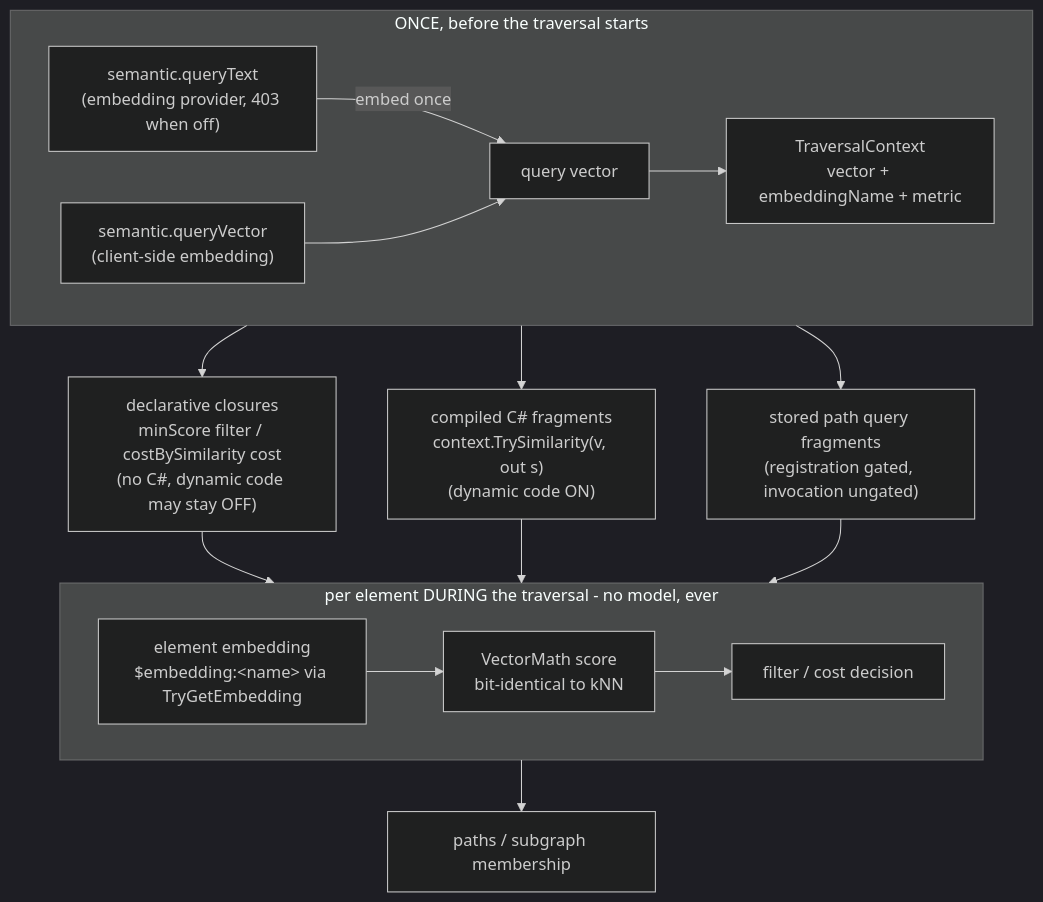
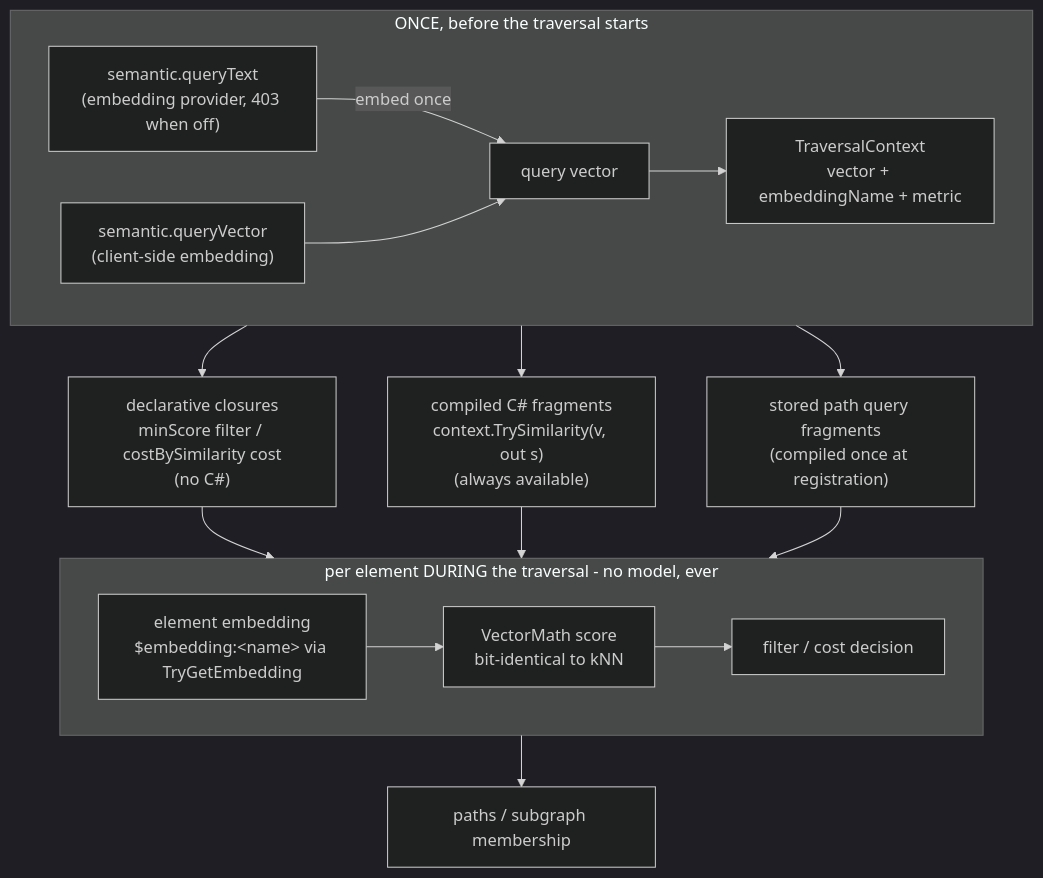
Before and after one commit to cosh/fallen-8-core: the diagram in features/done/element-embeddings/README.md, drawn with Mermaid (dark theme). The commit also changed other lines of this file and 81 other files, not shown here.

````diff
--- a/features/done/element-embeddings/README.md
+++ b/features/done/element-embeddings/README.md
@@ -79,25 +79,25 @@
 ```mermaid
 flowchart TB
     subgraph before["ONCE, before the traversal starts"]
         direction LR
         QT["semantic.queryText<br/>(embedding provider, 403 when off)"] -->|embed once| QV["query vector"]
         QVIN["semantic.queryVector<br/>(client-side embedding)"] --> QV
         QV --> CTX["TraversalContext<br/>vector + embeddingName + metric"]
     end
 
-    CTX --> DECL["declarative closures<br/>minScore filter / costBySimilarity cost<br/>(no C#, dynamic code may stay OFF)"]
-    CTX --> FRAG["compiled C# fragments<br/>context.TrySimilarity(v, out s)<br/>(dynamic code ON)"]
-    CTX --> SQ["stored path query fragments<br/>(registration gated, invocation ungated)"]
+    CTX --> DECL["declarative closures<br/>minScore filter / costBySimilarity cost<br/>(no C#)"]
+    CTX --> FRAG["compiled C# fragments<br/>context.TrySimilarity(v, out s)<br/>(always available)"]
+    CTX --> SQ["stored path query fragments<br/>(compiled once at registration)"]
 
     subgraph during["per element DURING the traversal - no model, ever"]
         direction LR
         EMB["element embedding<br/>$embedding:&lt;name&gt; via TryGetEmbedding"] --> SCORE["VectorMath score<br/>bit-identical to kNN"]
         SCORE --> DEC["filter / cost decision"]
     end
 
     DECL --> during
     FRAG --> during
     SQ --> during
 
     during --> OUT["paths / subgraph membership"]
 ```
````
